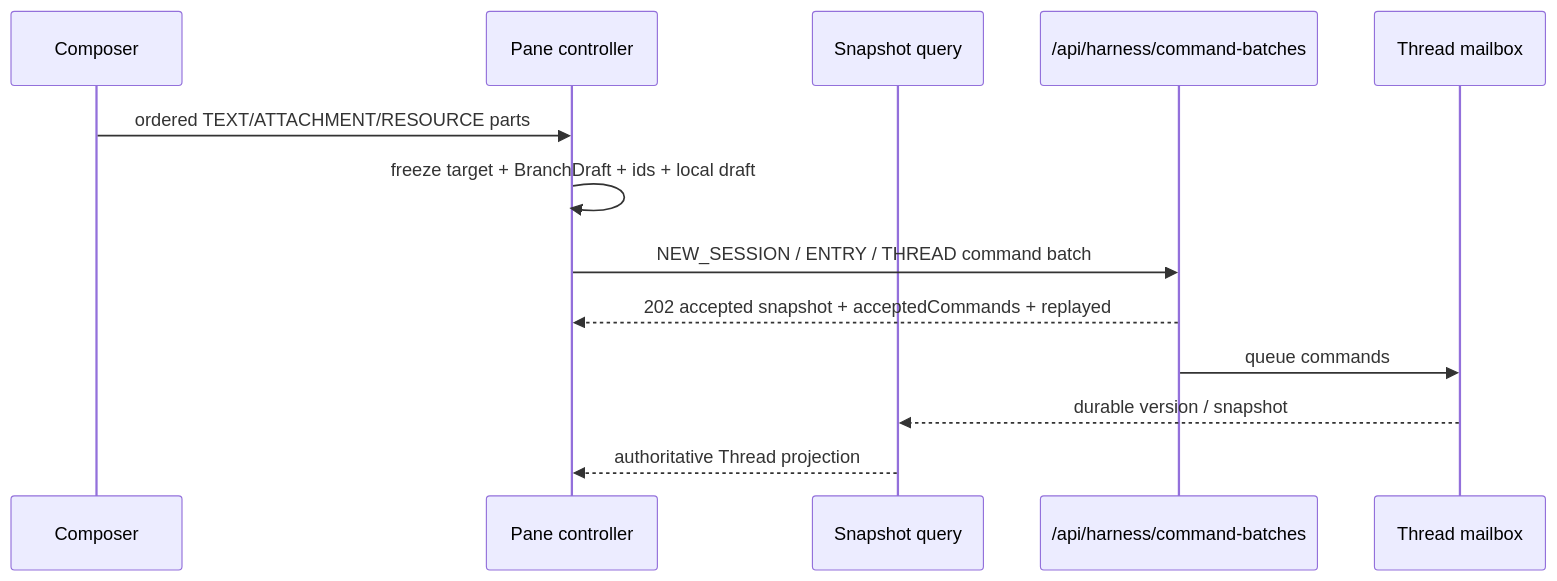
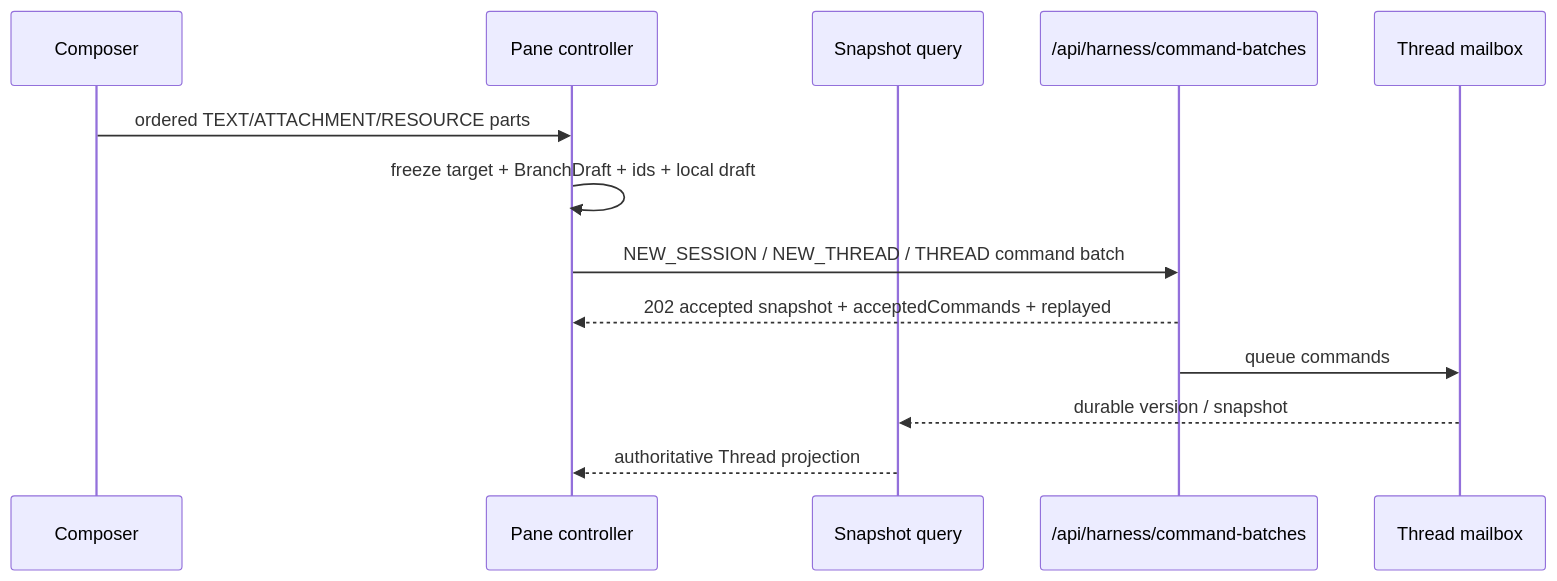
Before and after one commit to fengwk/kk-studio: the second of 5 diagrams in docs/modules/frontend.md, drawn with Mermaid. The commit also changed other lines of this file and 9 other files, not shown here.

````diff
--- a/docs/modules/frontend.md
+++ b/docs/modules/frontend.md
@@ -277,16 +277,16 @@
 ```mermaid
 sequenceDiagram
   participant C as Composer
   participant P as Pane controller
   participant S as Snapshot query
   participant A as /api/harness/command-batches
   participant T as Thread mailbox
 
   C->>P: ordered TEXT/ATTACHMENT/RESOURCE parts
   P->>P: freeze target + BranchDraft + ids + local draft
-  P->>A: NEW_SESSION / ENTRY / THREAD command batch
+  P->>A: NEW_SESSION / NEW_THREAD / THREAD command batch
   A-->>P: 202 accepted snapshot + acceptedCommands + replayed
   A->>T: queue commands
   T-->>S: durable version / snapshot
   S-->>P: authoritative Thread projection
 ```
````
